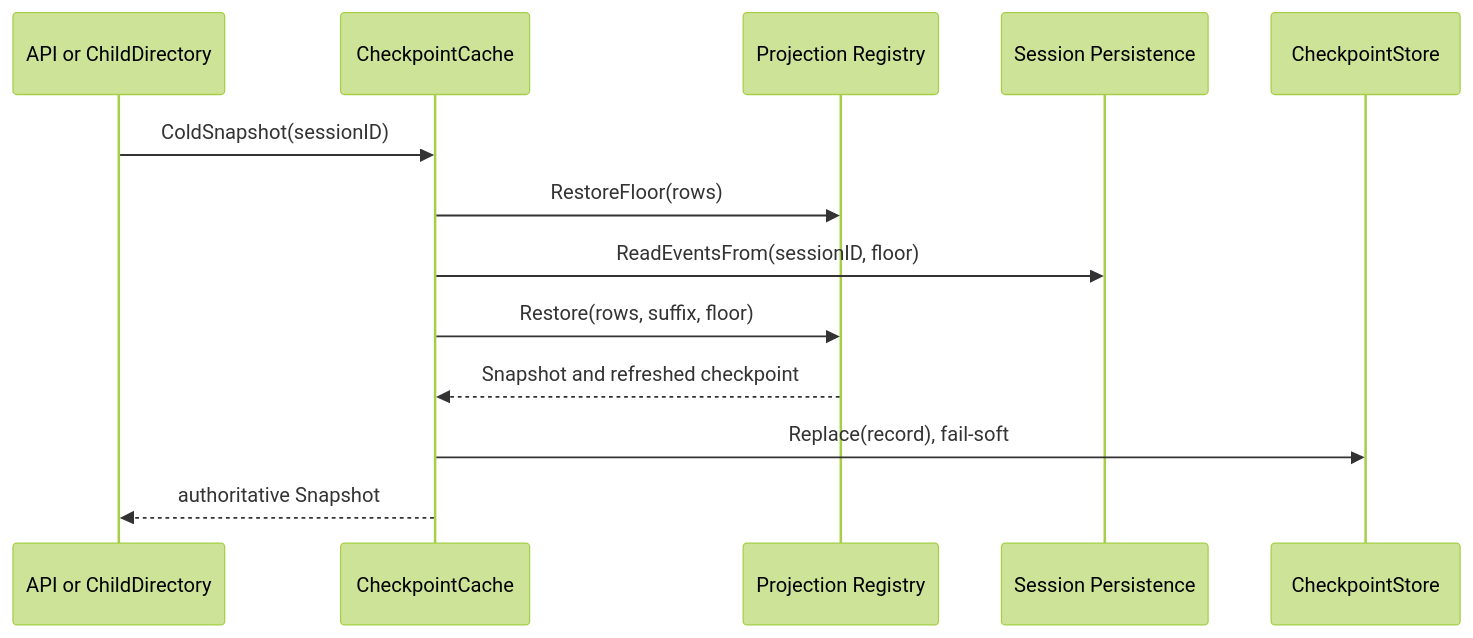
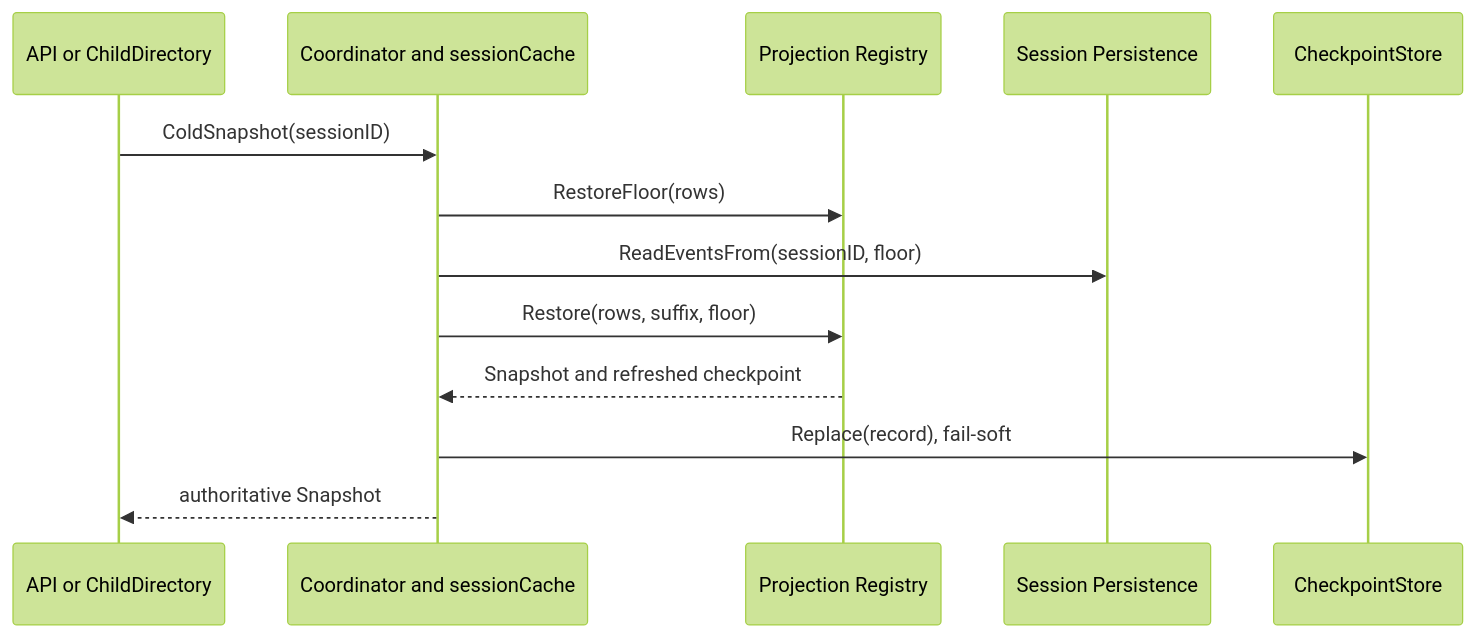
One commit to gorenx/goren changed the first of 2 diagrams in session/projectioncache/README.zh-CN.md. Above: the diagram before and after it, drawn with Mermaid (forest theme). The commit also changed other lines of this file and 4 other files, not shown here.

Commit message:
docs(session): document lifecycle and cache ownership

````diff
--- a/session/projectioncache/README.zh-CN.md
+++ b/session/projectioncache/README.zh-CN.md
@@ -20,16 +33,16 @@
 ```mermaid
 sequenceDiagram
     participant Consumer as API or ChildDirectory
-    participant Cache as CheckpointCache
+    participant Cache as Coordinator and sessionCache
     participant Registry as Projection Registry
     participant Persistence as Session Persistence
     participant Store as CheckpointStore
 
     Consumer->>Cache: ColdSnapshot(sessionID)
     Cache->>Registry: RestoreFloor(rows)
     Cache->>Persistence: ReadEventsFrom(sessionID, floor)
     Cache->>Registry: Restore(rows, suffix, floor)
     Registry-->>Cache: Snapshot and refreshed checkpoint
     Cache->>Store: Replace(record), fail-soft
     Cache-->>Consumer: authoritative Snapshot
 ```
````
